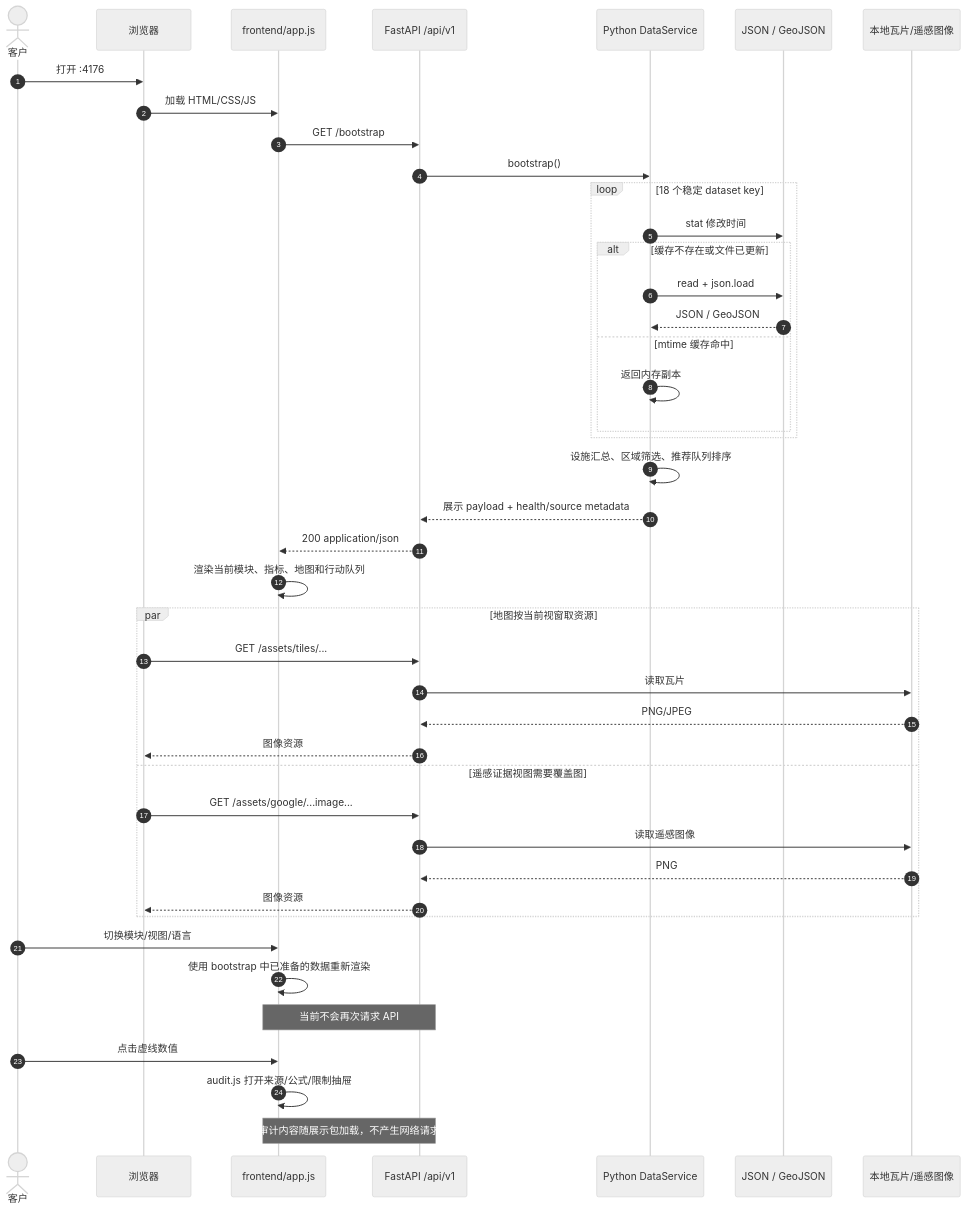
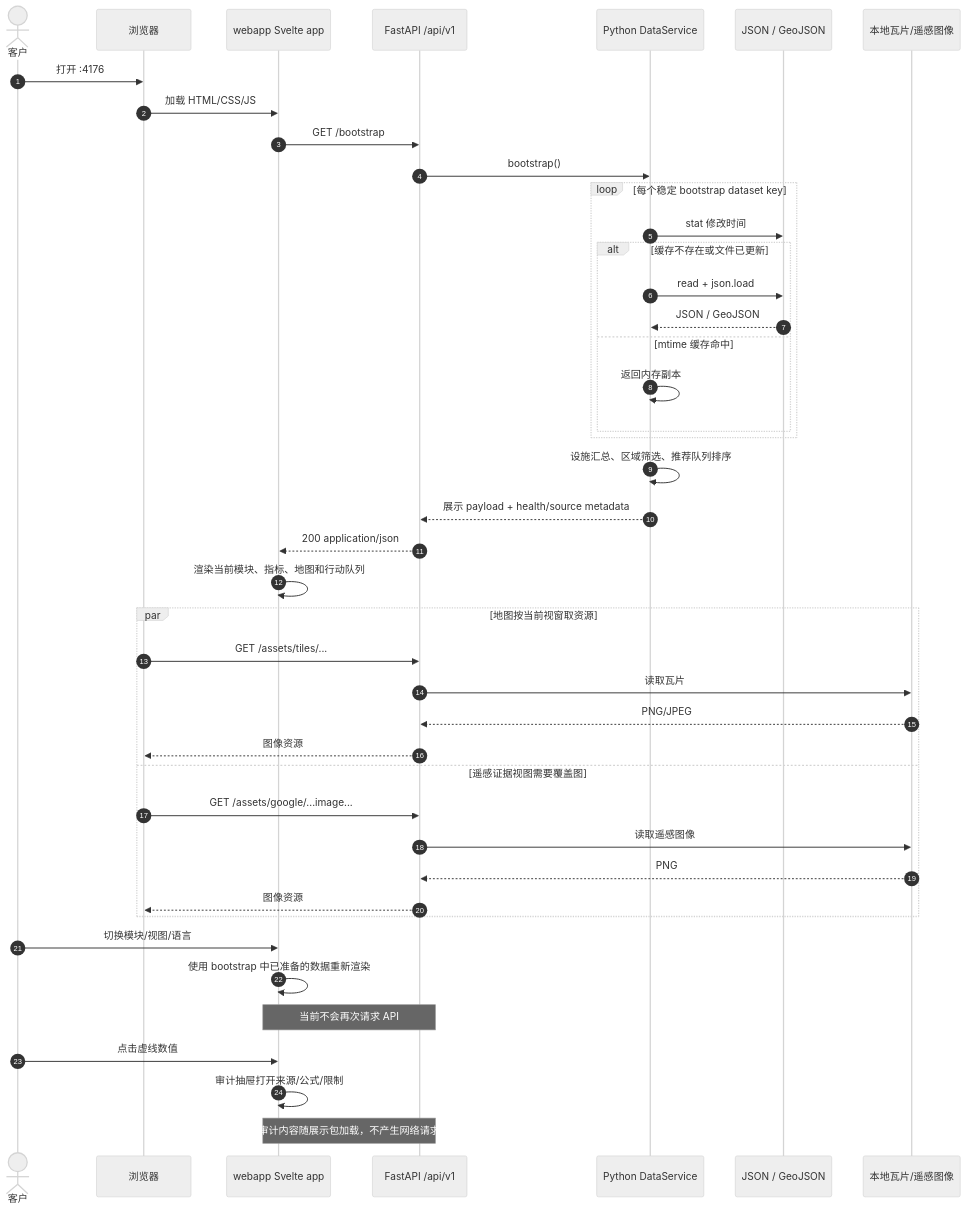
Before and after one commit to TsumiNa/terrai-spatial-intelligence: the second of 3 diagrams in docs/architecture/FRONTEND_BACKEND.zh.md, drawn with Mermaid (neutral theme). The commit also changed other lines of this file and 19 other files, not shown here.

````diff
--- a/docs/architecture/FRONTEND_BACKEND.zh.md
+++ b/docs/architecture/FRONTEND_BACKEND.zh.md
@@ -72,49 +72,49 @@
 ```mermaid
 sequenceDiagram
     autonumber
     actor Customer as 客户
     participant Browser as 浏览器
-    participant Frontend as frontend/app.js
+    participant Frontend as webapp Svelte app
     participant API as FastAPI /api/v1
     participant Service as Python DataService
     participant FL as JSON / GeoJSON
     participant Assets as 本地瓦片/遥感图像
 
     Customer->>Browser: 打开 :4176
     Browser->>Frontend: 加载 HTML/CSS/JS
     Frontend->>API: GET /bootstrap
     API->>Service: bootstrap()
-    loop 18 个稳定 dataset key
+    loop 每个稳定 bootstrap dataset key
         Service->>FL: stat 修改时间
         alt 缓存不存在或文件已更新
             Service->>FL: read + json.load
             FL-->>Service: JSON / GeoJSON
         else mtime 缓存命中
             Service->>Service: 返回内存副本
         end
     end
     Service->>Service: 设施汇总、区域筛选、推荐队列排序
     Service-->>API: 展示 payload + health/source metadata
     API-->>Frontend: 200 application/json
     Frontend->>Frontend: 渲染当前模块、指标、地图和行动队列
 
     par 地图按当前视窗取资源
         Browser->>API: GET /assets/tiles/...
         API->>Assets: 读取瓦片
         Assets-->>API: PNG/JPEG
         API-->>Browser: 图像资源
     and 遥感证据视图需要覆盖图
         Browser->>API: GET /assets/google/...image...
         API->>Assets: 读取遥感图像
         Assets-->>API: PNG
         API-->>Browser: 图像资源
     end
 
     Customer->>Frontend: 切换模块/视图/语言
     Frontend->>Frontend: 使用 bootstrap 中已准备的数据重新渲染
     Note over Frontend,API: 当前不会再次请求 API
 
     Customer->>Frontend: 点击虚线数值
-    Frontend->>Frontend: audit.js 打开来源/公式/限制抽屉
+    Frontend->>Frontend: 审计抽屉打开来源/公式/限制
     Note over Frontend,API: 审计内容随展示包加载，不产生网络请求
 ```
````
